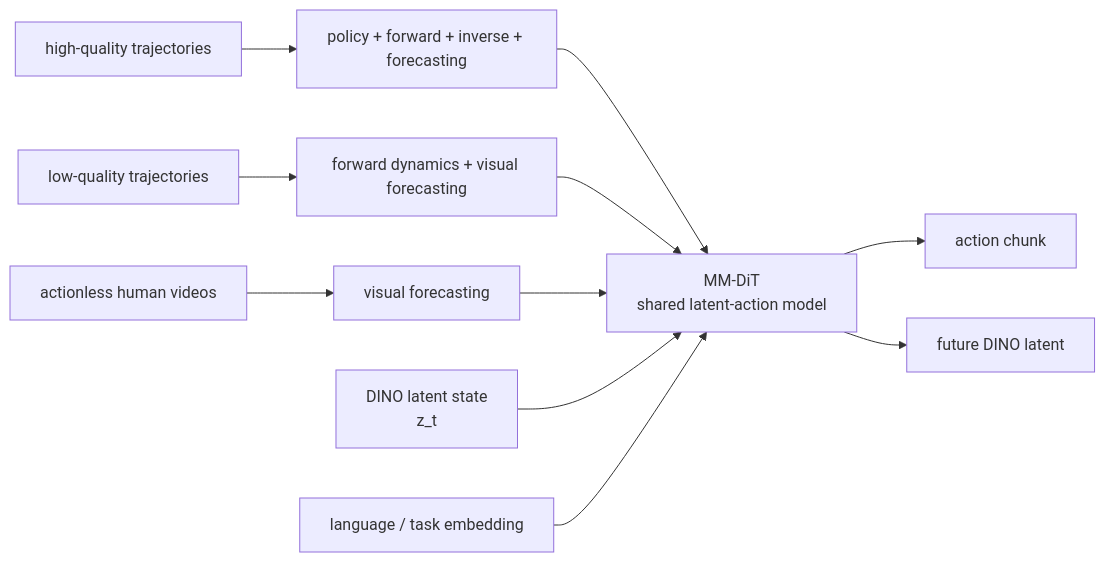
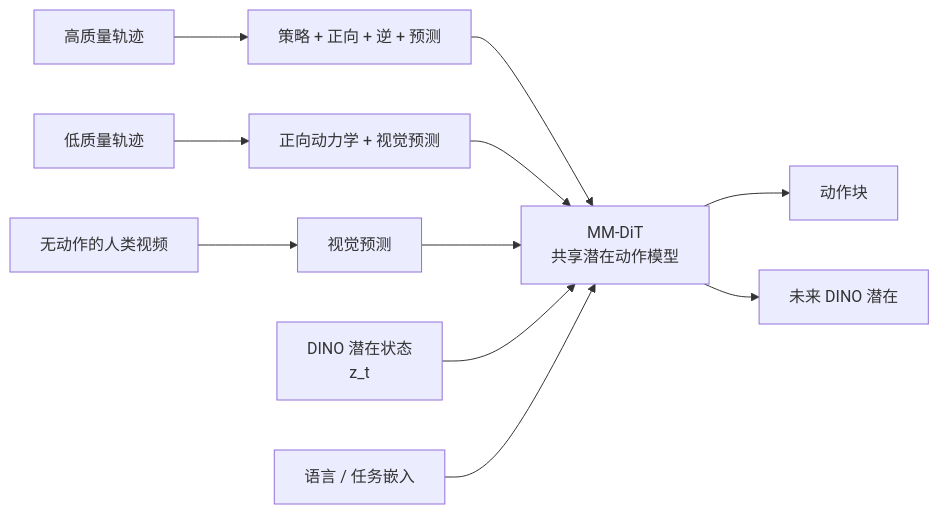
Before and after one commit to niuverse/llm-wiki: the diagram in wiki/concepts/LatentDynamicsActionModels.md, drawn with Mermaid. The commit also changed other lines of this file and 123 other files, not shown here.

````diff
--- a/wiki/concepts/LatentDynamicsActionModels.md
+++ b/wiki/concepts/LatentDynamicsActionModels.md
@@ -42,13 +42,13 @@
 ```mermaid
 flowchart LR
-  D1["high-quality trajectories"] --> O1["policy + forward + inverse + forecasting"]
-  D2["low-quality trajectories"] --> O2["forward dynamics + visual forecasting"]
-  D3["actionless human videos"] --> O3["visual forecasting"]
-  O1 --> M["MM-DiT<br/>shared latent-action model"]
+  D1["高质量轨迹"] --> O1["策略 + 正向 + 逆 + 预测"]
+  D2["低质量轨迹"] --> O2["正向动力学 + 视觉预测"]
+  D3["无动作的人类视频"] --> O3["视觉预测"]
+  O1 --> M["MM-DiT<br/>共享潜在动作模型"]
   O2 --> M
   O3 --> M
-  V["DINO latent state<br/>z_t"] --> M
-  L["language / task embedding"] --> M
-  M --> A["action chunk"]
-  M --> Z["future DINO latent"]
+  V["DINO 潜在状态<br/>z_t"] --> M
+  L["语言 / 任务嵌入"] --> M
+  M --> A["动作块"]
+  M --> Z["未来 DINO 潜在"]
 ```
````
